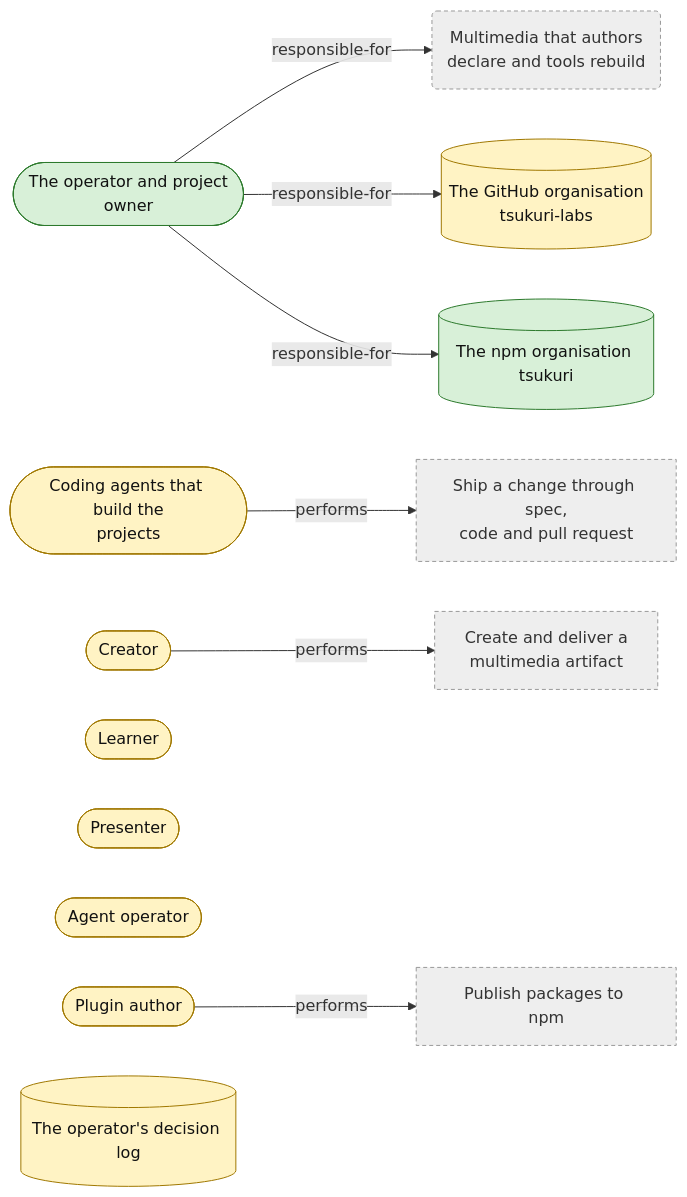
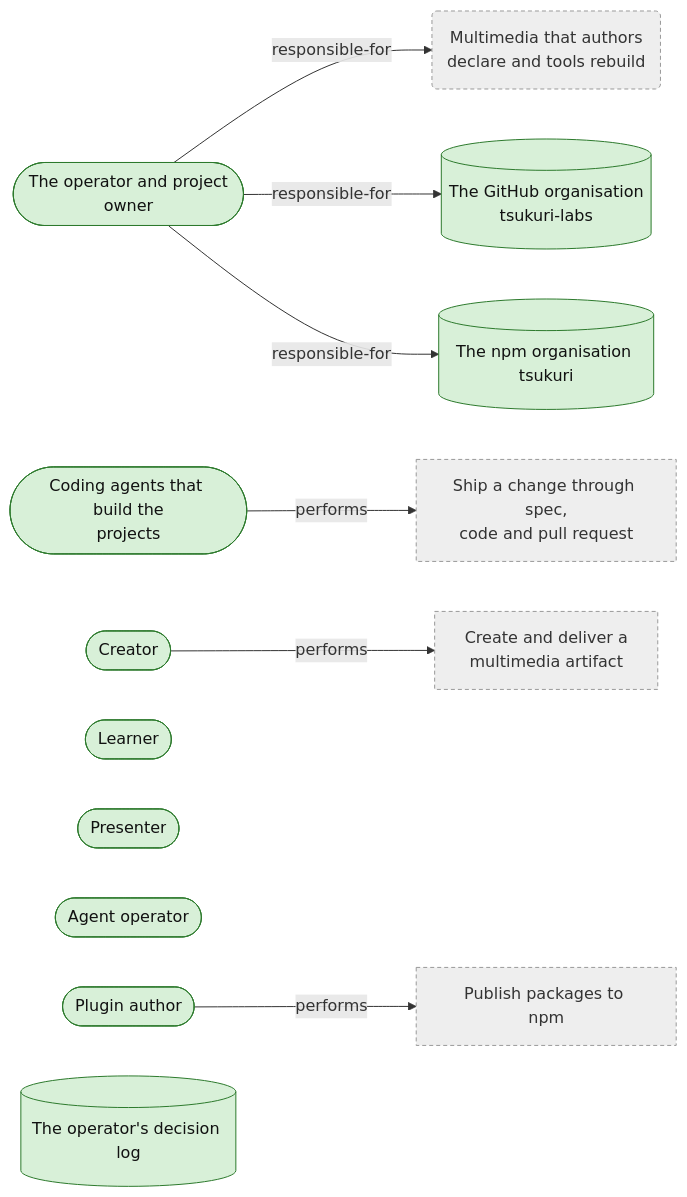
The first of 4 diagrams in docs/actors-and-resources.md (reebeat/.github), drawn with Mermaid before and after one commit. The commit also changed other lines of this file and 43 other files, not shown here.

````diff
--- a/docs/actors-and-resources.md
+++ b/docs/actors-and-resources.md
@@ -13,27 +13,27 @@
 ```mermaid
 flowchart LR
     classDef decided fill:#d8f0d8,stroke:#2d7a2d,color:#111
     classDef proposed fill:#fff3c4,stroke:#a07800,color:#111
     classDef open fill:#f8d7d7,stroke:#a02020,color:#111
     classDef outside fill:#eee,stroke:#999,color:#333,stroke-dasharray:4 3
     actor_operator(["The operator and project<br/>owner"]):::decided
-    actor_contributor_agent(["Coding agents that build the<br/>projects"]):::proposed
-    actor_creator(["Creator"]):::proposed
-    actor_learner(["Learner"]):::proposed
-    actor_presenter(["Presenter"]):::proposed
-    actor_agent_operator(["Agent operator"]):::proposed
-    actor_plugin_author(["Plugin author"]):::proposed
-    resource_github_org[("The GitHub organisation<br/>tsukuri-labs")]:::proposed
+    actor_contributor_agent(["Coding agents that build the<br/>projects"]):::decided
+    actor_creator(["Creator"]):::decided
+    actor_learner(["Learner"]):::decided
+    actor_presenter(["Presenter"]):::decided
+    actor_agent_operator(["Agent operator"]):::decided
+    actor_plugin_author(["Plugin author"]):::decided
+    resource_github_org[("The GitHub organisation<br/>tsukuri-labs")]:::decided
     resource_npm_org[("The npm organisation tsukuri")]:::decided
-    resource_decision_log[("The operator's decision log")]:::proposed
+    resource_decision_log[("The operator's decision log")]:::decided
     goal_org_vision("Multimedia that authors<br/>declare and tools rebuild"):::outside
     process_org_ship_change["Ship a change through spec,<br/>code and pull request"]:::outside
     process_org_create_and_deliver["Create and deliver a<br/>multimedia artifact"]:::outside
     process_org_publish_packages["Publish packages to npm"]:::outside
     actor_operator -->|responsible-for| goal_org_vision
     actor_operator -->|responsible-for| resource_github_org
     actor_operator -->|responsible-for| resource_npm_org
     actor_contributor_agent -->|performs| process_org_ship_change
     actor_creator -->|performs| process_org_create_and_deliver
     actor_plugin_author -->|performs| process_org_publish_packages
 ```
````
